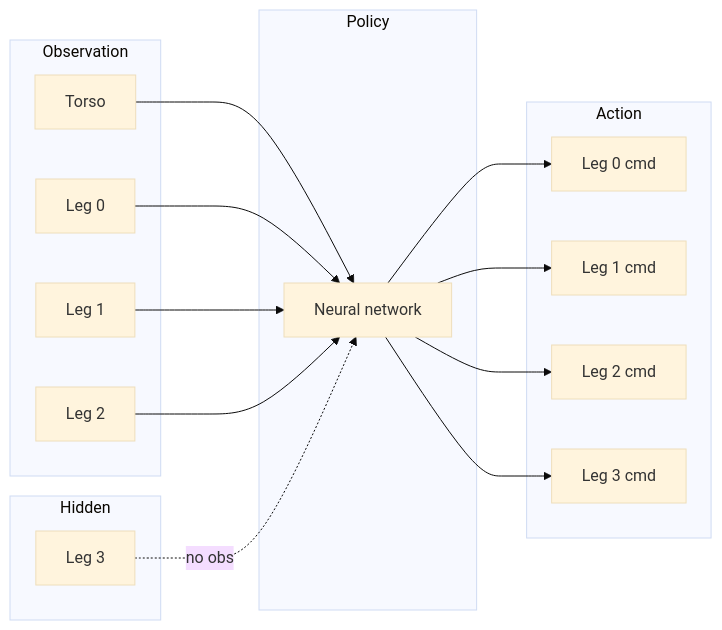
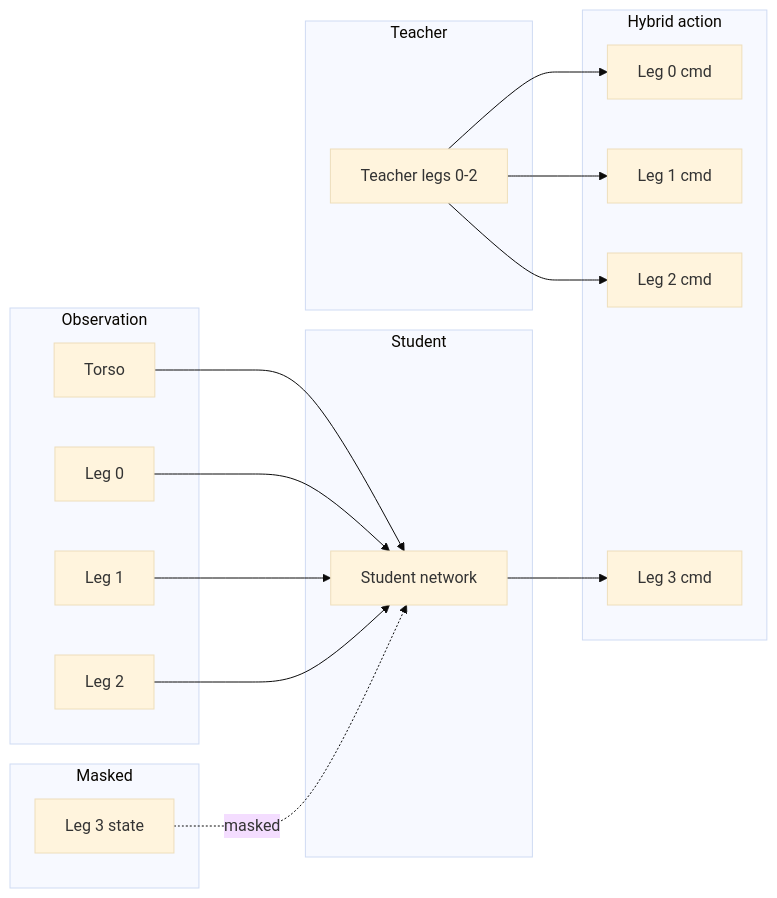
One commit to wartelth/Bark changed the second of 3 diagrams in README.md. Above: the diagram before and after it, drawn with Mermaid (base theme). The commit also changed other lines of this file, not shown here.

````diff
--- a/README.md
+++ b/README.md
@@ -105,30 +115,33 @@
 ```mermaid
 flowchart LR
   subgraph obs [Observation]
     Torso[Torso]
     Leg0[Leg 0]
     Leg1[Leg 1]
     Leg2[Leg 2]
   end
-  subgraph hidden [Hidden]
-    Leg3[Leg 3]
+  subgraph hidden [Masked]
+    Leg3Obs[Leg 3 state]
   end
-  subgraph policy [Policy]
-    NN[Neural network]
+  subgraph teacher [Teacher]
+    T012[Teacher legs 0-2]
   end
-  subgraph action [Action]
+  subgraph student [Student]
+    NN[Student network]
+  end
+  subgraph merge [Hybrid action]
     A0[Leg 0 cmd]
     A1[Leg 1 cmd]
     A2[Leg 2 cmd]
     A3[Leg 3 cmd]
   end
   Torso --> NN
   Leg0 --> NN
   Leg1 --> NN
   Leg2 --> NN
-  NN --> A0
-  NN --> A1
-  NN --> A2
+  T012 --> A0
+  T012 --> A1
+  T012 --> A2
   NN --> A3
-  Leg3 -.->|"no obs"| NN
+  Leg3Obs -.->|"masked"| NN
 ```
````
